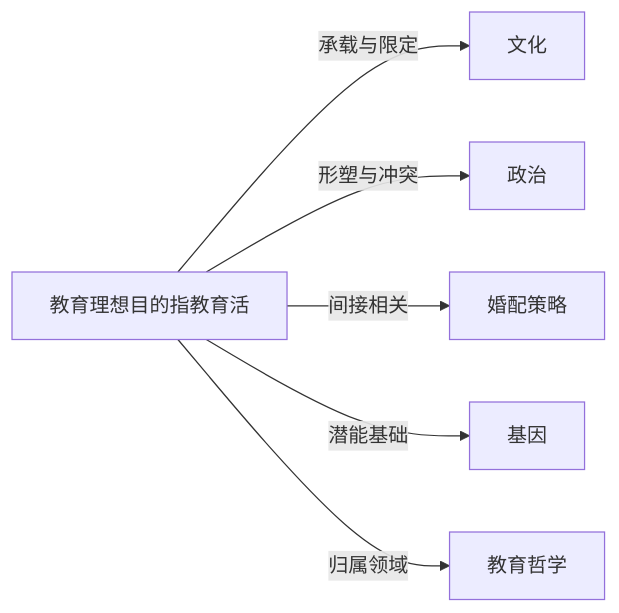
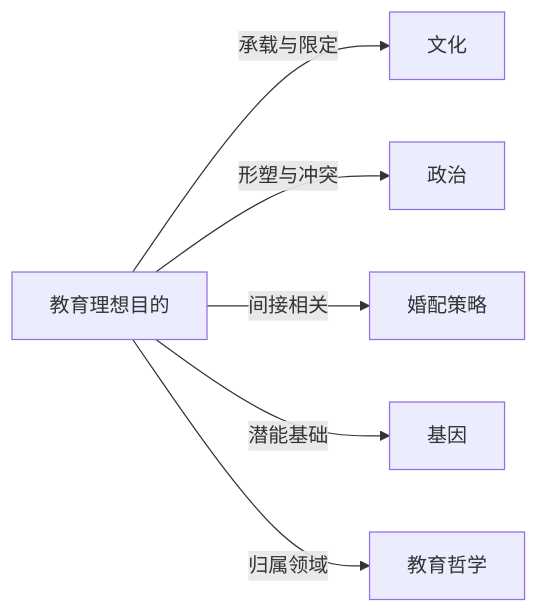
The diagram in Knowledge/Concepts/教育/教育理想目的.md (KIMMCHOW/MyKnowledge), drawn with Mermaid before and after one commit. The commit also changed 96 other files, not shown here.

Commit message:
fix: 修复概念页关系图节点并补齐缺失关联

````diff
--- a/Knowledge/Concepts/教育/教育理想目的.md
+++ b/Knowledge/Concepts/教育/教育理想目的.md
@@ -47,8 +47,8 @@
 ```mermaid
 graph LR
-    教育理想目的指教育活 -->|承载与限定| 文化
-    教育理想目的指教育活 -->|形塑与冲突| 政治
-    教育理想目的指教育活 -->|间接相关| 婚配策略
-    教育理想目的指教育活 -->|潜能基础| 基因
-    教育理想目的指教育活 -->|归属领域| 教育哲学
+教育理想目的 -->|承载与限定| 文化
+教育理想目的 -->|形塑与冲突| 政治
+教育理想目的 -->|间接相关| 婚配策略
+教育理想目的 -->|潜能基础| 基因
+教育理想目的 -->|归属领域| 教育哲学
 ```
````
